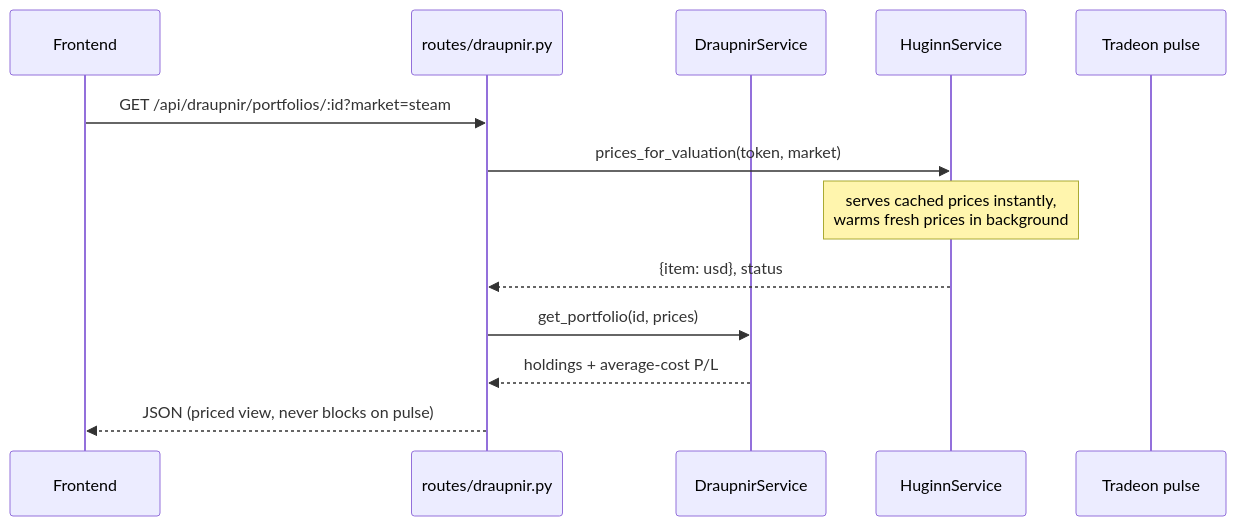
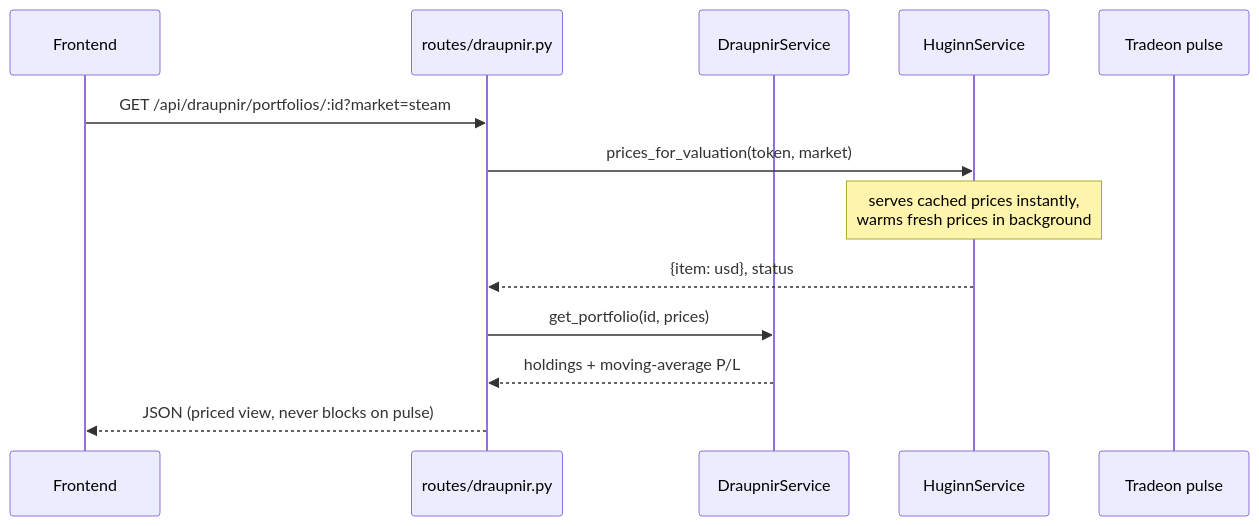
The third of 4 diagrams in ARCHITECTURE.md (everthinq/steam-odin), drawn with Mermaid before and after one commit. The commit also changed other lines of this file and 25 other files, not shown here.

````diff
--- a/ARCHITECTURE.md
+++ b/ARCHITECTURE.md
@@ -89,16 +107,16 @@
 ```mermaid
 sequenceDiagram
     participant UI as Frontend
     participant R as routes/draupnir.py
     participant D as DraupnirService
     participant H as HuginnService
     participant T as Tradeon pulse
 
     UI->>R: GET /api/draupnir/portfolios/:id?market=steam
     R->>H: prices_for_valuation(token, market)
     Note over H: serves cached prices instantly,<br/>warms fresh prices in background
     H-->>R: {item: usd}, status
     R->>D: get_portfolio(id, prices)
-    D-->>R: holdings + average-cost P/L
+    D-->>R: holdings + moving-average P/L
     R-->>UI: JSON (priced view, never blocks on pulse)
 ```
````
